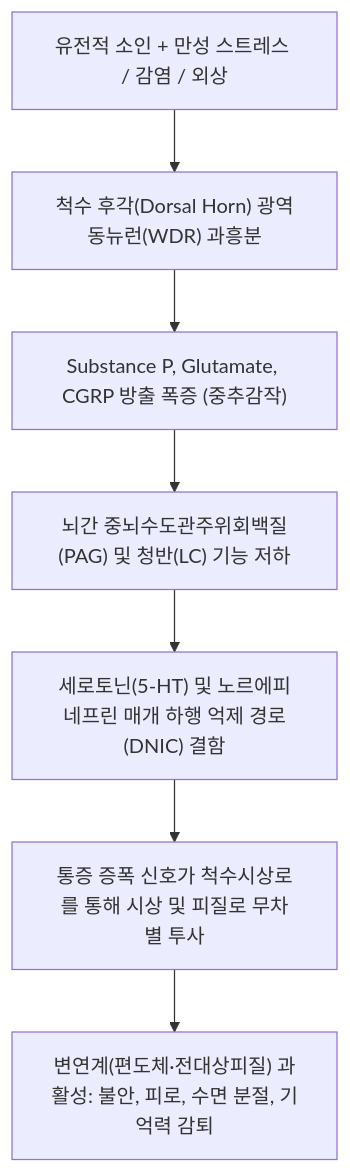
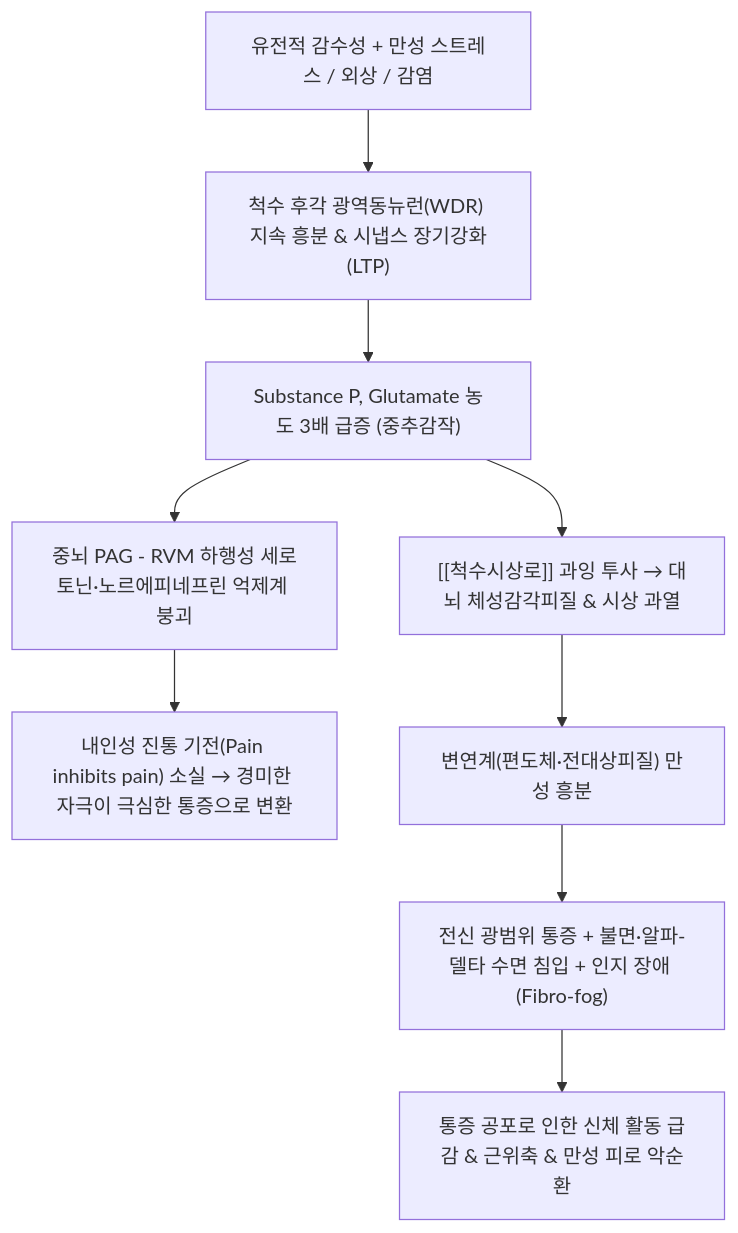
Before and after one commit to simbio11/simbio-digital-garden2: the diagram in content/3. 이론 공부/질환/자가면역·류마티스 질환/섬유근육통.md, drawn with Mermaid. The commit also changed other lines of this file and 70 other files, not shown here.

````diff
--- a/content/3. 이론 공부/질환/자가면역·류마티스 질환/섬유근육통.md
+++ b/content/3. 이론 공부/질환/자가면역·류마티스 질환/섬유근육통.md
@@ -53,9 +61,14 @@
 ```mermaid
 graph TD
-    A["유전적 소인 + 만성 스트레스 / 감염 / 외상"] --> B["척수 후각(Dorsal Horn) 광역동뉴런(WDR) 과흥분"]
-    B --> C["Substance P, Glutamate, CGRP 방출 폭증 (중추감작)"]
-    C --> D["뇌간 중뇌수도관주위회백질(PAG) 및 청반(LC) 기능 저하"]
-    D --> E["세로토닌(5-HT) 및 노르에피네프린 매개 하행 억제 경로(DNIC) 결함"]
-    E --> F["통증 증폭 신호가 척수시상로를 통해 시상 및 피질로 무차별 투사"]
-    F --> G["변연계(편도체·전대상피질) 과활성: 불안, 피로, 수면 분절, 기억력 감퇴"]
+    Trigger["유전적 감수성 + 만성 스트레스 / 외상 / 감염"] --> DorsalHorn["척수 후각 광역동뉴런(WDR) 지속 흥분 & 시냅스 장기강화(LTP)"]
+    DorsalHorn --> CentralSens["Substance P, Glutamate 농도 3배 급증 (중추감작)"]
+    
+    CentralSens --> DescendingFail["중뇌 PAG - RVM 하행성 세로토닌·노르에피네프린 억제계 붕괴"]
+    DescendingFail --> CPMDefect["내인성 진통 기전(Pain inhibits pain) 소실 → 경미한 자극이 극심한 통증으로 변환"]
+    
+    CentralSens --> Spinothalamic["[[척수시상로]] 과잉 투사 → 대뇌 체성감각피질 & 시상 과열"]
+    Spinothalamic --> LimbicFlare["변연계(편도체·전대상피질) 만성 흥분"]
+    
+    LimbicFlare --> Triad["전신 광범위 통증 + 불면·알파-델타 수면 침입 + 인지 장애 (Fibro-fog)"]
+    Triad --> Inactivity["통증 공포로 인한 신체 활동 급감 & 근위축 & 만성 피로 악순환"]
 ```
````
